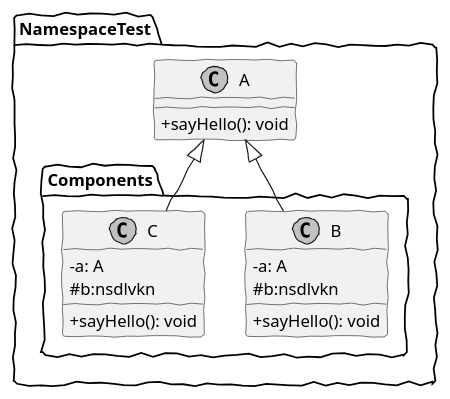
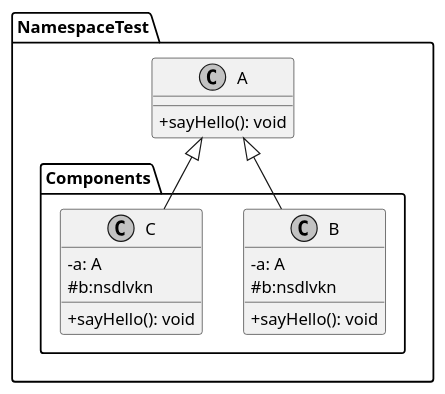
The diagram in Design/Core.puml (JirkaDellOro/FUDGE), drawn with PlantUML before and after one commit.

```diff
--- a/Design/Core.puml
+++ b/Design/Core.puml
@@ -1,25 +1,25 @@
 @startuml
 skinparam monochrome true
 skinparam componentStyle uml2
 skinparam classAttributeIconSize 0
 skinparam shadowing false
-skinparam handwritten true
+skinparam handwritten false
 
 namespace NamespaceTest {
   class A {
       +sayHello(): void
   }
   package "Components" <<Folder>> {
     class B extends NamespaceTest.A {
         -a: A 
         #b:nsdlvkn 
         +sayHello(): void
     }
     class C extends NamespaceTest.A {
         -a: A 
         #b:nsdlvkn 
         +sayHello(): void
     }
   }
 }
 @enduml
```
